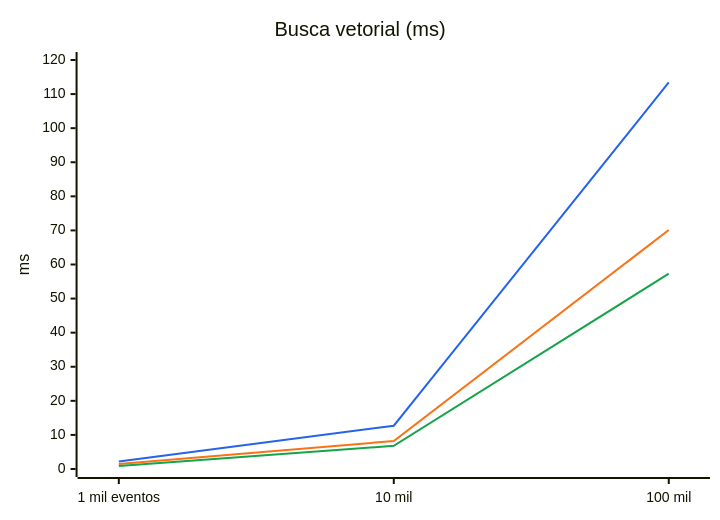
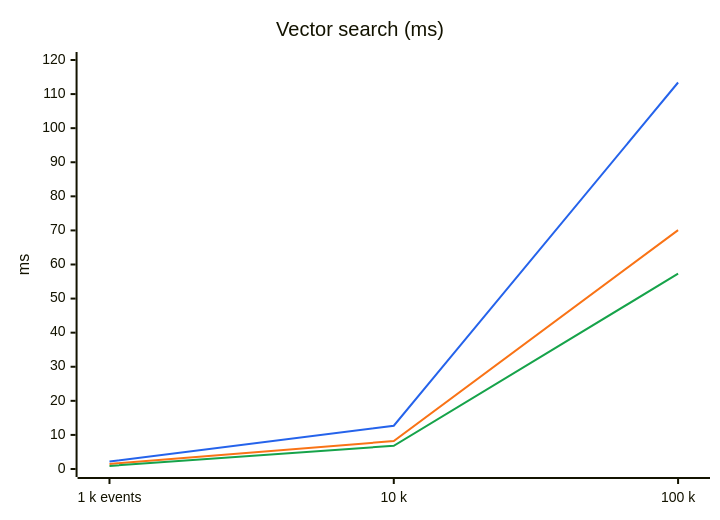
Before and after one commit to Chipskein/cade: the fourth of 8 diagrams in docs/BENCHMARKS.md, drawn with Mermaid. The commit also changed other lines of this file and 6 other files, not shown here.

````diff
--- a/docs/BENCHMARKS.md
+++ b/docs/BENCHMARKS.md
@@ -229,15 +229,15 @@
 ```mermaid
 ---
 config:
   themeVariables:
     xyChart:
       plotColorPalette: "#2563eb, #f97316, #16a34a"
 ---
 xychart-beta
-  title "Busca vetorial (ms)"
-  x-axis ["1 mil eventos", "10 mil", "100 mil"]
+  title "Vector search (ms)"
+  x-axis ["1 k events", "10 k", "100 k"]
   y-axis "ms" 0 --> 120
   line [2.2, 12.7, 113.4]
   line [1.5, 8.2, 70.1]
   line [0.9, 6.8, 57.3]
 ```
````
